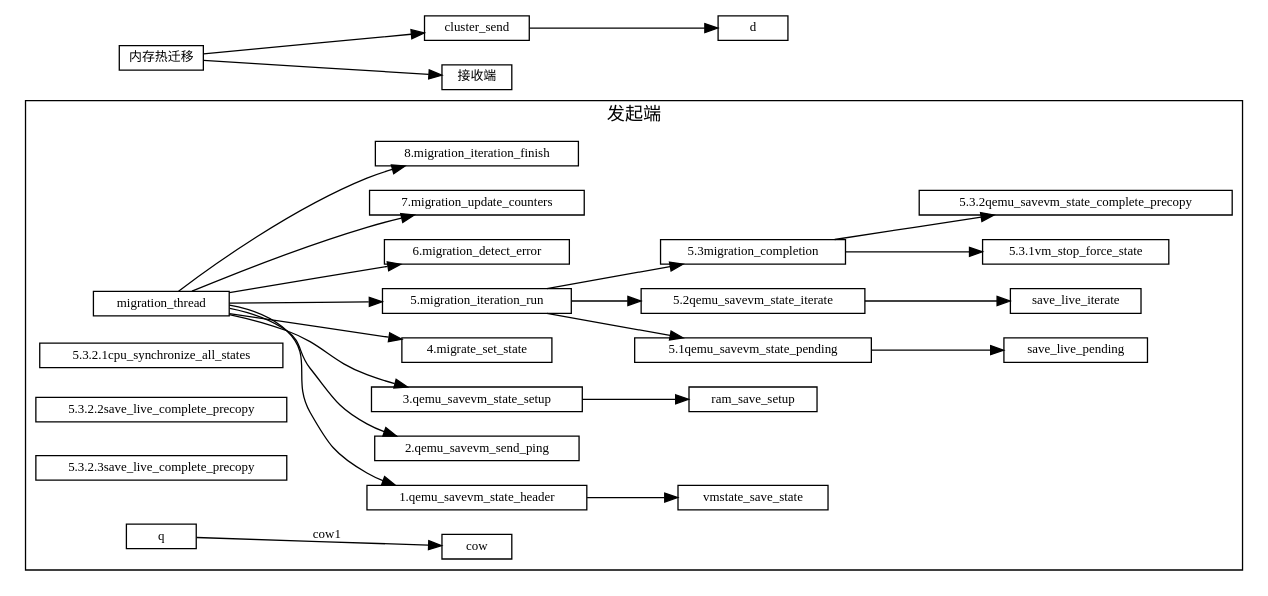
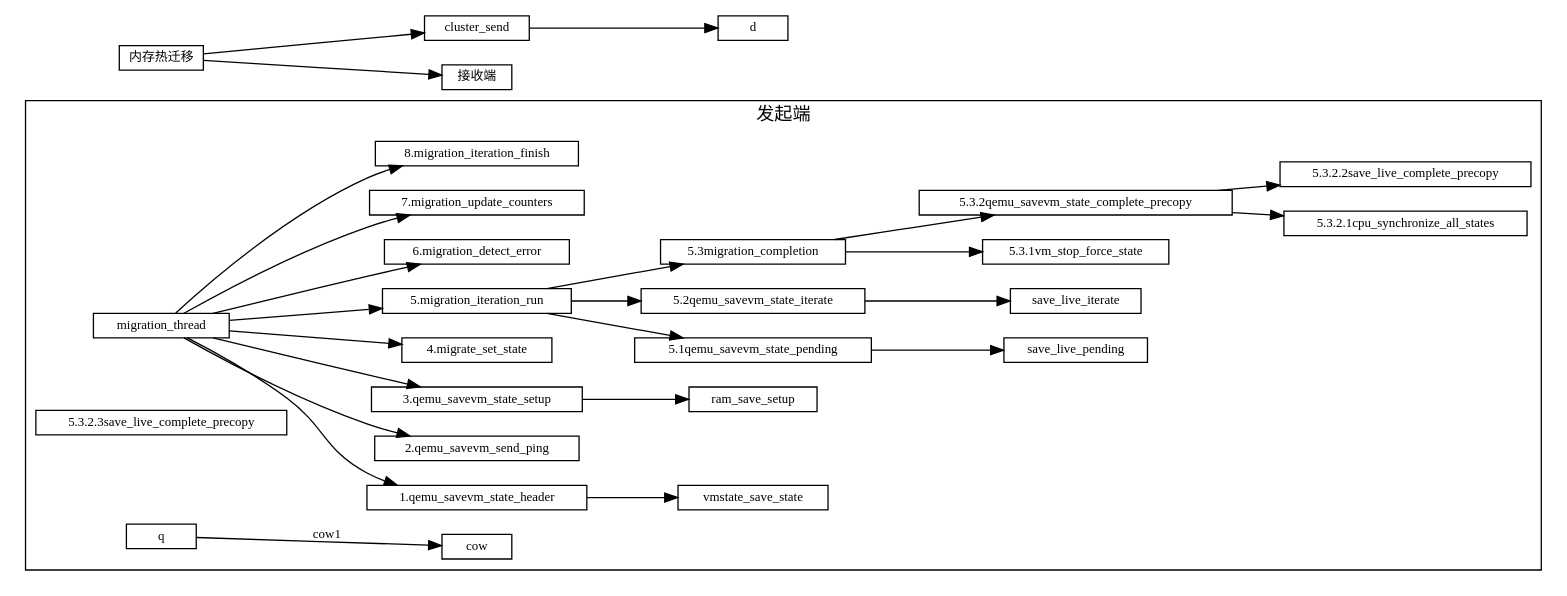
The diagram in 虚拟化/热迁移/1-内存热迁移.md (sisyphus1212/note), drawn with Graphviz before and after one commit.

Commit message:
auto_update

````diff
--- a/虚拟化/热迁移/1-内存热迁移.md
+++ b/虚拟化/热迁移/1-内存热迁移.md
@@ -11,63 +11,65 @@
 ```graphviz
 digraph {
 fontname="Helvetica,Arial,sans-serif"
 //node [fontname="Helvetica,Arial,sans-serif"]
 //edge [fontname="Helvetica,Arial,sans-serif"]
 rankdir="LR"
 node [fontsize=10, shape=record, height=0.25]
 edge [fontsize=10]
   subgraph send {
     cluster=true;
     label="发起端";
     qemu_savevm_state_header[label="1.qemu_savevm_state_header"];
     qemu_savevm_send_ping[label="2.qemu_savevm_send_ping"];
     qemu_savevm_state_setup[label="3.qemu_savevm_state_setup"];
     migrate_set_state[label="4.migrate_set_state"];
     migration_iteration_run[label="5.migration_iteration_run"];
 
     migration_detect_error[label="6.migration_detect_error"];
     migration_update_counters[label="7.migration_update_counters"];
     migration_iteration_finish[label="8.migration_iteration_finish"];
 
     migration_thread -> qemu_savevm_state_header
                      -> vmstate_save_state;
     migration_thread -> qemu_savevm_send_ping;
     migration_thread -> qemu_savevm_state_setup
                      -> ram_save_setup;
     migration_thread -> migrate_set_state;
 
     qemu_savevm_state_pending[label="5.1qemu_savevm_state_pending"];
     qemu_savevm_state_iterate[label="5.2qemu_savevm_state_iterate"];
     migration_completion[label="5.3migration_completion"];
 
     vm_stop_force_state[label="5.3.1vm_stop_force_state"]
     qemu_savevm_state_complete_precopy[label="5.3.2qemu_savevm_state_complete_precopy"]
     cpu_synchronize_all_states[label="5.3.2.1cpu_synchronize_all_states"]
     save_live_complete_precopy[label="5.3.2.2save_live_complete_precopy"]
     vmstate_save[label="5.3.2.3save_live_complete_precopy"]
     migration_thread ->
          migration_iteration_run->qemu_savevm_state_pending
                                 ->save_live_pending;
          migration_iteration_run->qemu_savevm_state_iterate
                                 ->save_live_iterate;
          migration_iteration_run->
             migration_completion->vm_stop_force_state;
             migration_completion->qemu_savevm_state_complete_precopy;
+            qemu_savevm_state_complete_precopy->cpu_synchronize_all_states;
+            qemu_savevm_state_complete_precopy->save_live_complete_precopy
 
 
     migration_thread -> migration_detect_error
     migration_thread -> migration_update_counters
     migration_thread -> migration_iteration_finish
 
 
 
     q -> cow[label="cow1"];
   }
 
 内存热迁移 [label="内存热迁移"]
 内存热迁移 -> cluster_send
            -> d
 
 内存热迁移 -> 接收端
 }
 ```
````
